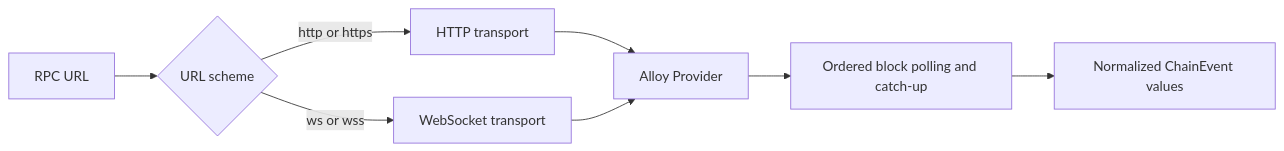
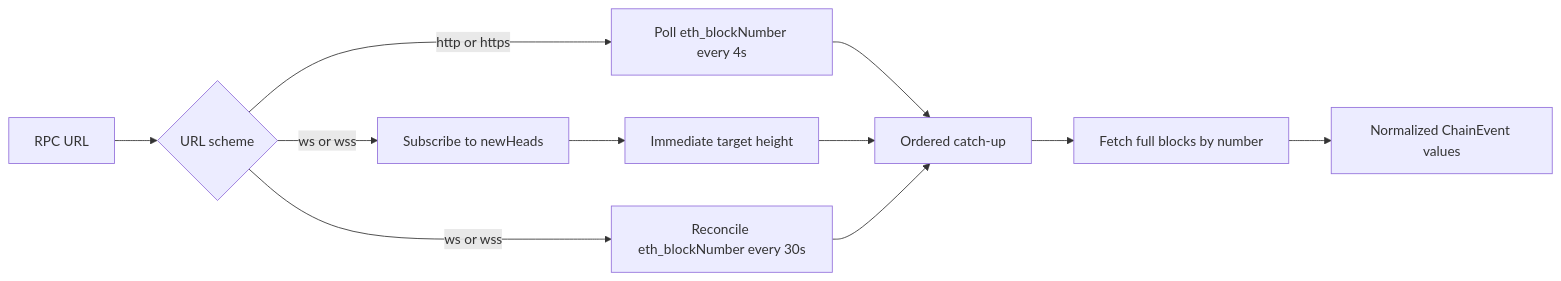
One commit to abhi3700/raven changed the diagram in docs/guides/alloy-source.mdx. Above: the diagram before and after it, drawn with Mermaid. The commit also changed other lines of this file and 13 other files, not shown here.

First line of the commit message:
make websocket connect via eth_subscribe + reconciliation instead of polling like in http

````diff
--- a/docs/guides/alloy-source.mdx
+++ b/docs/guides/alloy-source.mdx
@@ -15,10 +15,13 @@
 ```mermaid
 flowchart LR
     url[RPC URL] --> scheme{URL scheme}
-    scheme -->|http or https| http[HTTP transport]
-    scheme -->|ws or wss| ws[WebSocket transport]
-    http --> provider[Alloy Provider]
-    ws --> provider
-    provider --> polling[Ordered block polling and catch-up]
-    polling --> events[Normalized ChainEvent values]
+    scheme -->|http or https| polling[Poll eth_blockNumber every 4s]
+    scheme -->|ws or wss| heads[Subscribe to newHeads]
+    heads --> immediate[Immediate target height]
+    scheme -->|ws or wss| safety[Reconcile eth_blockNumber every 30s]
+    polling --> catchup[Ordered catch-up]
+    immediate --> catchup
+    safety --> catchup
+    catchup --> fetch[Fetch full blocks by number]
+    fetch --> events[Normalized ChainEvent values]
 ```
````
